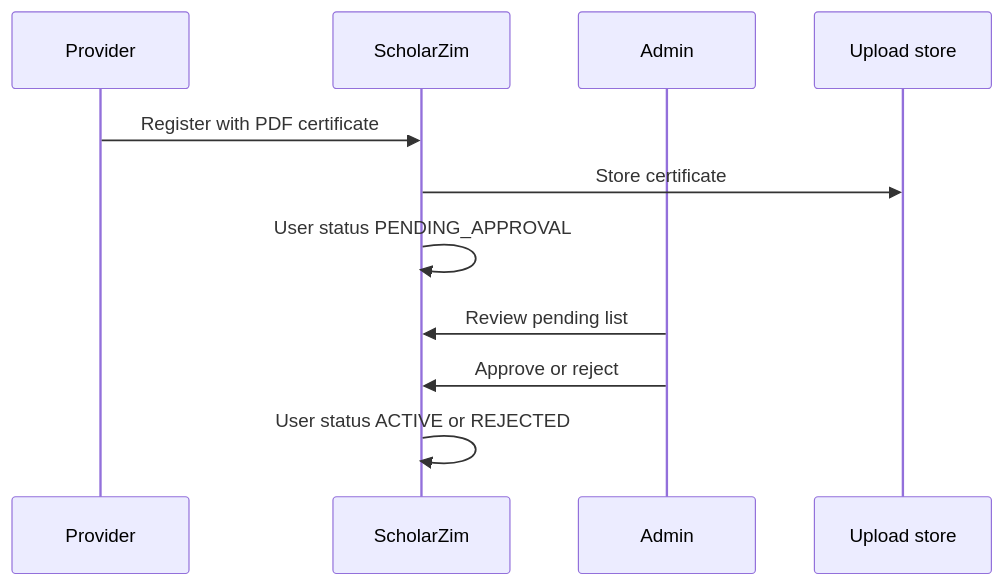
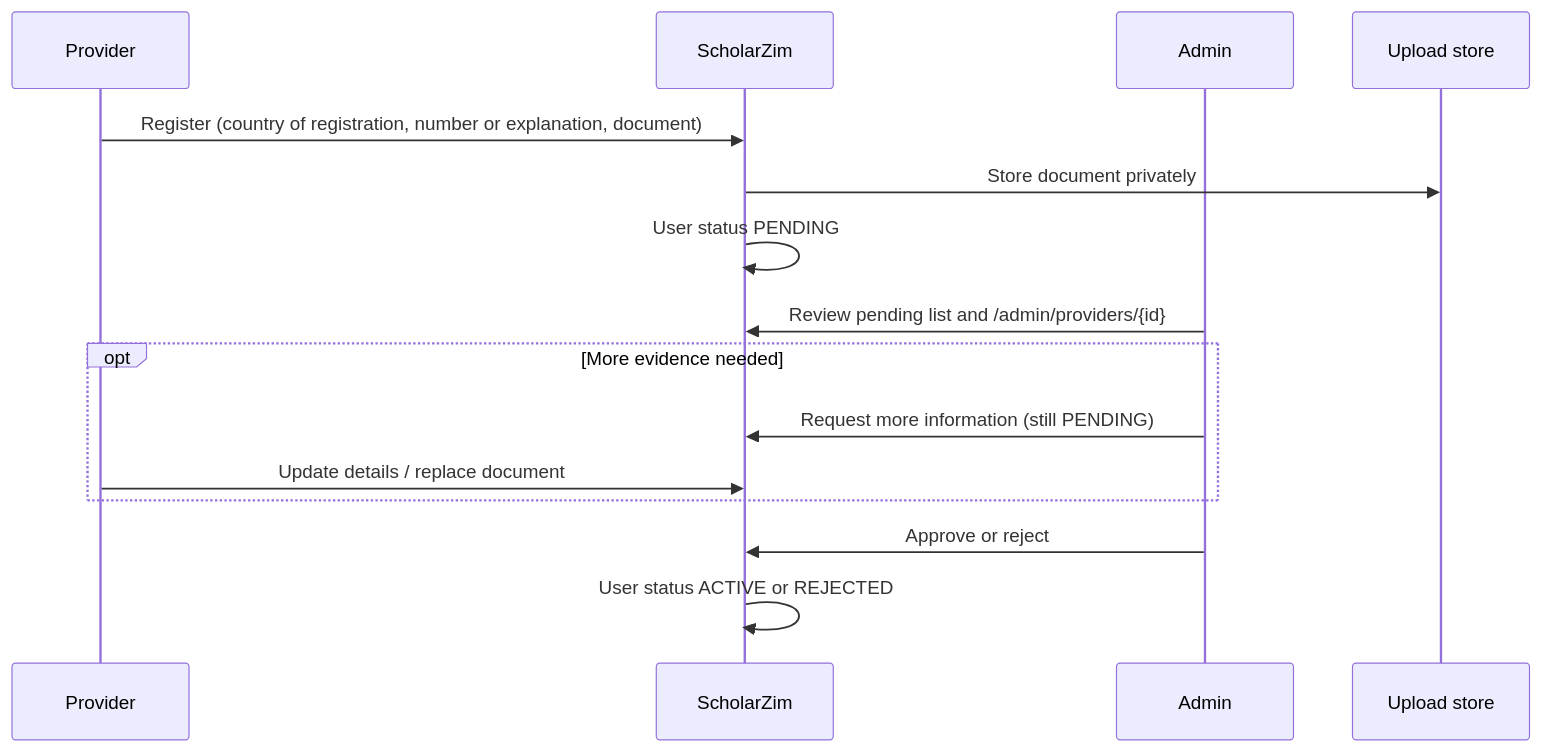
Before and after one commit to Tindo-cyber/ScholarZim: the second of 3 diagrams in docs/architecture.md, drawn with Mermaid. The commit also changed other lines of this file and 43 other files, not shown here.

````diff
--- a/docs/architecture.md
+++ b/docs/architecture.md
@@ -81,13 +81,17 @@
 ```mermaid
 sequenceDiagram
     participant P as Provider
     participant App as ScholarZim
     participant Admin as Admin
     participant Disk as Upload store
-    P->>App: Register with PDF certificate
-    App->>Disk: Store certificate
-    App->>App: User status PENDING_APPROVAL
-    Admin->>App: Review pending list
+    P->>App: Register (country of registration, number or explanation, document)
+    App->>Disk: Store document privately
+    App->>App: User status PENDING
+    Admin->>App: Review pending list and /admin/providers/{id}
+    opt More evidence needed
+        Admin->>App: Request more information (still PENDING)
+        P->>App: Update details / replace document
+    end
     Admin->>App: Approve or reject
     App->>App: User status ACTIVE or REJECTED
 ```
````
